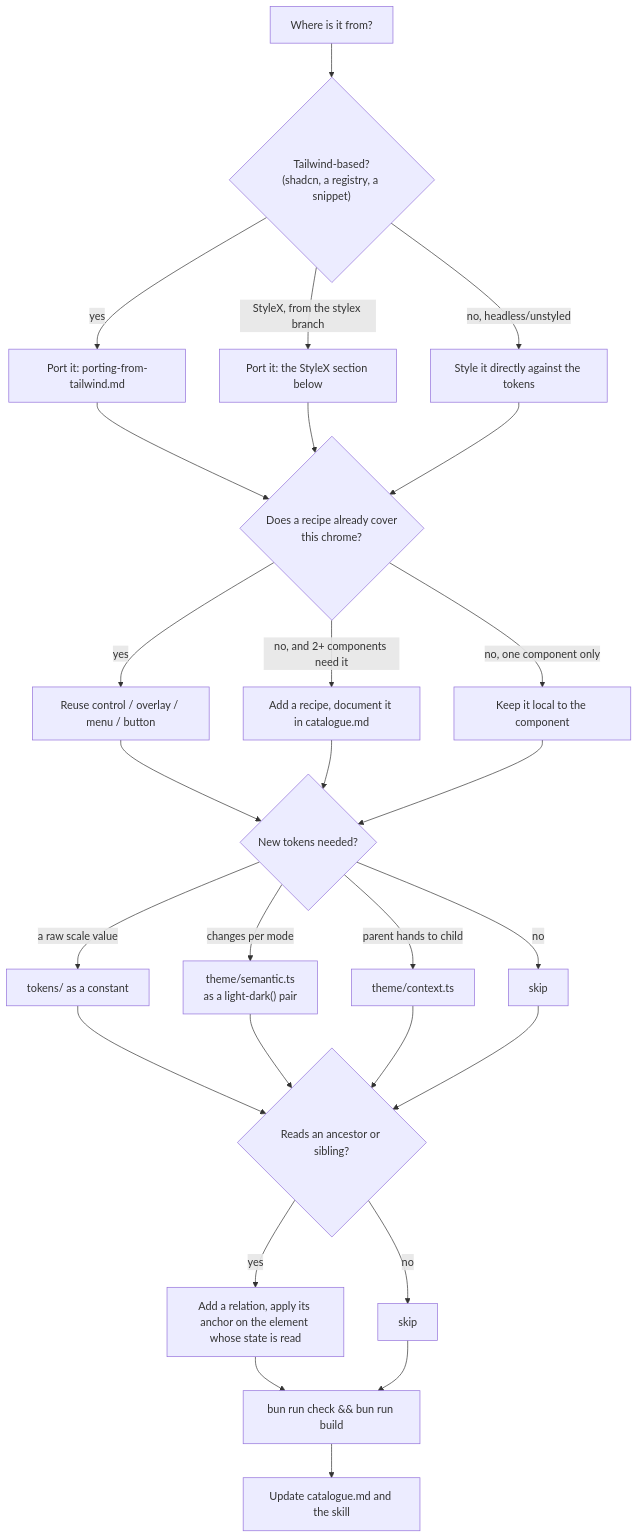
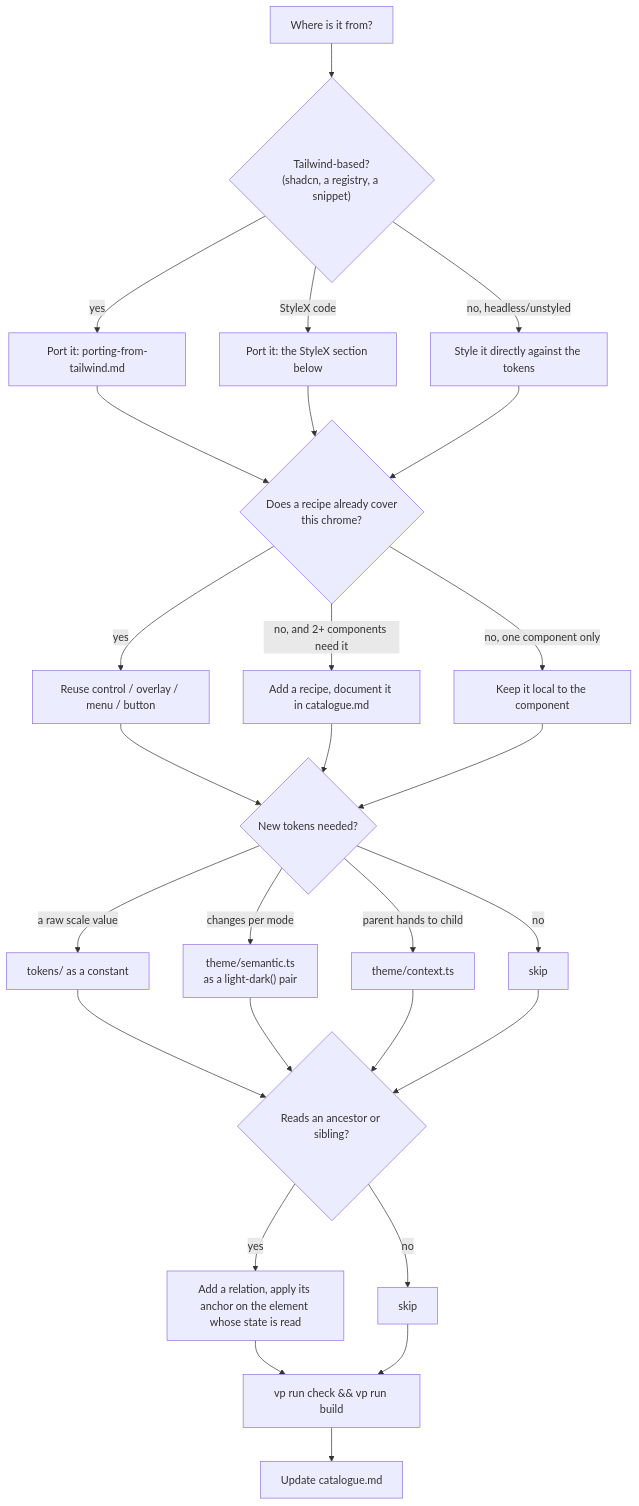
The first of 4 diagrams in docs/workflows.md (kirana-style/kirana-ui), drawn with Mermaid before and after one commit. The commit also changed other lines of this file and 43 other files, not shown here.

````diff
--- a/docs/workflows.md
+++ b/docs/workflows.md
@@ -5,21 +5,21 @@
 ```mermaid
 flowchart TD
     A["Where is it from?"] --> B{"Tailwind-based?<br/>(shadcn, a registry, a snippet)"}
     B -->|yes| C["Port it: porting-from-tailwind.md"]
-    B -->|"StyleX, from the stylex branch"| S["Port it: the StyleX section below"]
+    B -->|"StyleX code"| S["Port it: the StyleX section below"]
     B -->|no, headless/unstyled| D["Style it directly against the tokens"]
     C & S & D --> E{"Does a recipe already cover<br/>this chrome?"}
     E -->|yes| F["Reuse control / overlay / menu / button"]
     E -->|no, and 2+ components need it| G["Add a recipe, document it in catalogue.md"]
     E -->|no, one component only| H["Keep it local to the component"]
     F & G & H --> I{"New tokens needed?"}
     I -->|"a raw scale value"| J["tokens/ as a constant"]
     I -->|"changes per mode"| K["theme/semantic.ts<br/>as a light-dark() pair"]
     I -->|"parent hands to child"| L["theme/context.ts"]
     I -->|no| M["skip"]
     J & K & L & M --> N{"Reads an ancestor or sibling?"}
     N -->|yes| O["Add a relation, apply its anchor on the element whose state is read"]
     N -->|no| P["skip"]
-    O & P --> Q["bun run check && bun run build"]
-    Q --> R["Update catalogue.md and the skill"]
+    O & P --> Q["vp run check && vp run build"]
+    Q --> R["Update catalogue.md"]
 ```
````
